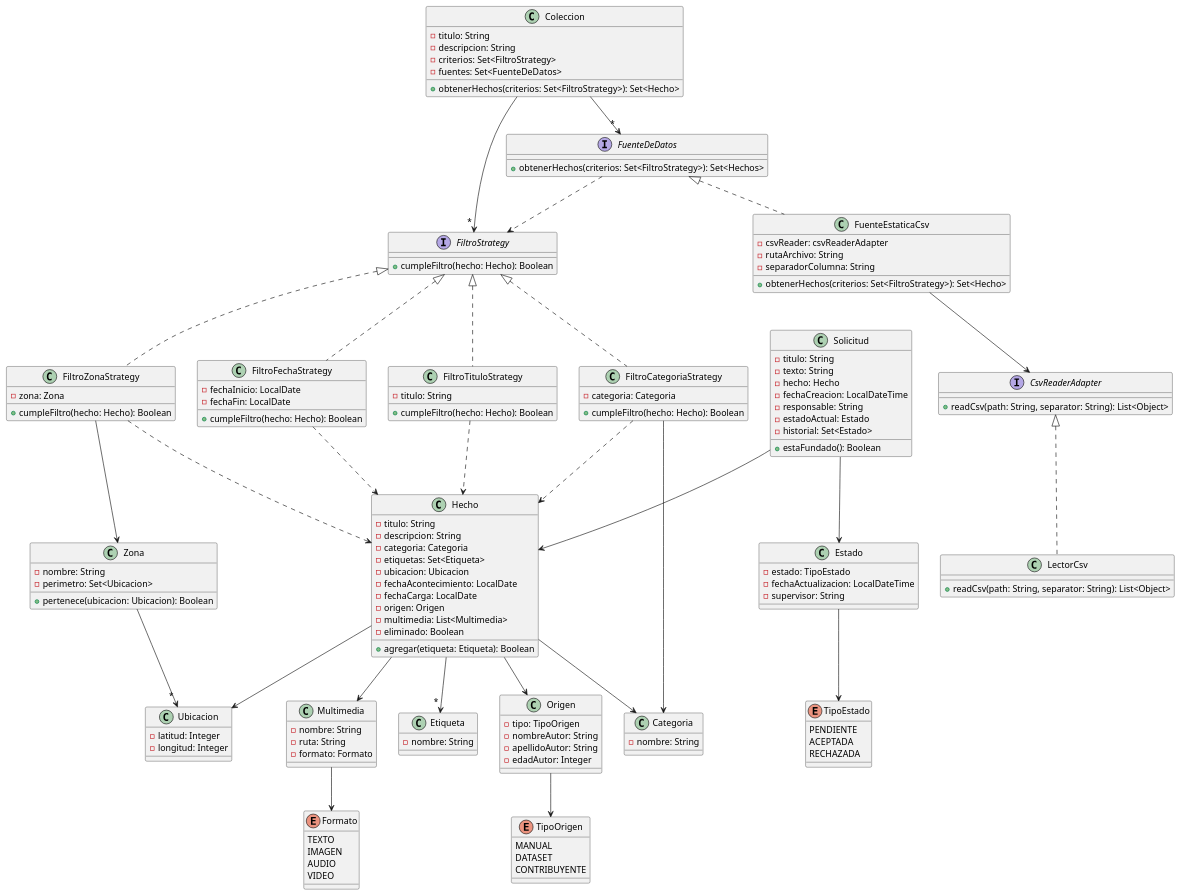
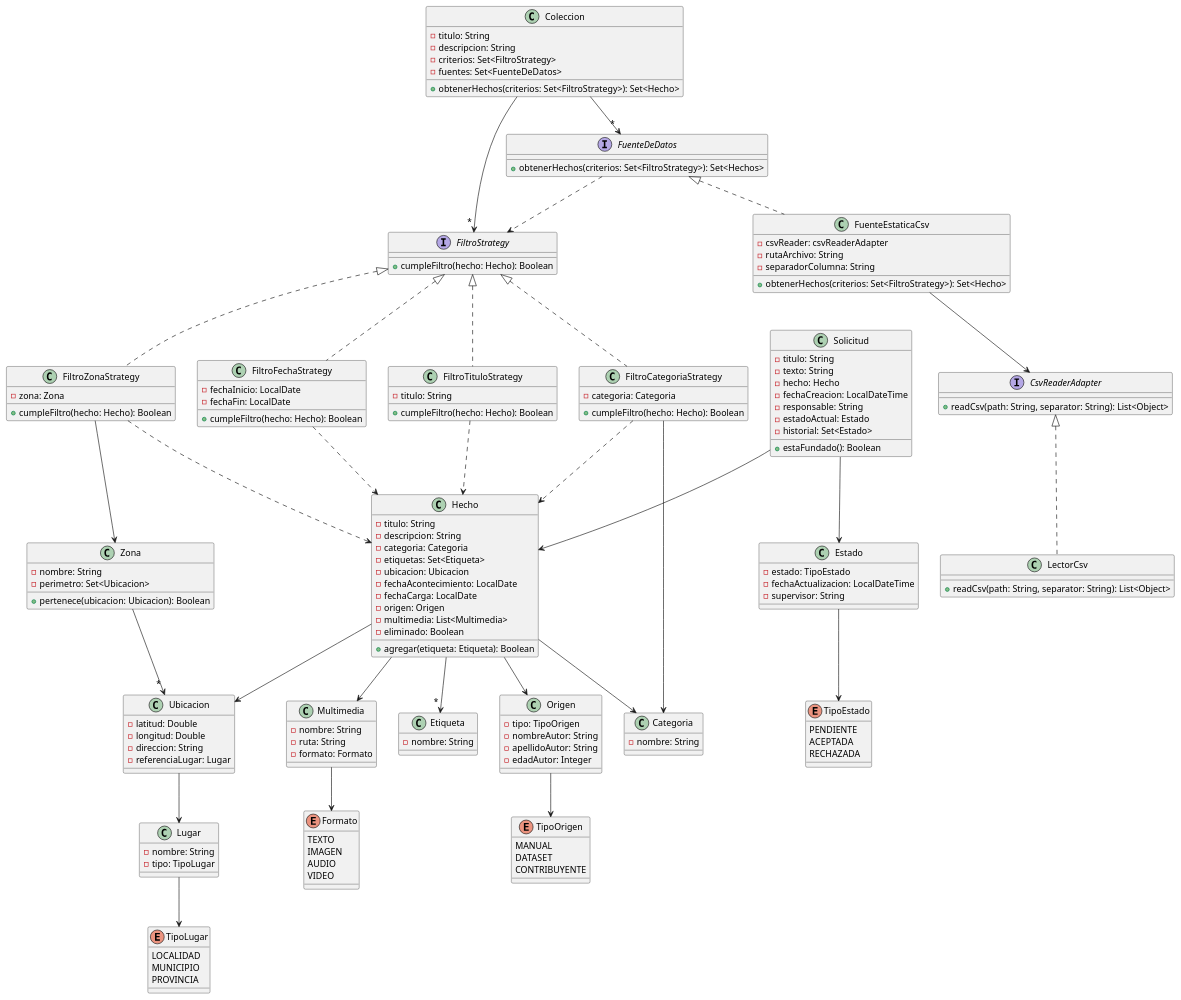
The diagram in docs/diagrama_de_clases.puml (Leo-de-Riv3r/2025-tpa-ma-ma-grupo-02-deploy), drawn with PlantUML before and after one commit. The commit also changed 5 other files, not shown here.

Commit message:
actualizo clase ubicacion agregando clase lugar

```diff
--- a/docs/diagrama_de_clases.puml
+++ b/docs/diagrama_de_clases.puml
@@ -10,170 +10,186 @@
 @startuml
 'https://plantuml.com/class-diagram
 
 Multimedia --> Formato
+Lugar --> TipoLugar
 
 Hecho --> Categoria
 Hecho --> " * " Etiqueta
 Hecho --> Ubicacion
 Hecho --> Origen
 Hecho --> Multimedia
 
 Zona --> " * " Ubicacion
+
+Ubicacion --> Lugar
 
 Origen --> TipoOrigen
 
 FiltroZonaStrategy --> Zona
 FiltroCategoriaStrategy --> Categoria
 
 FiltroTituloStrategy ..> Hecho
 FiltroCategoriaStrategy ..> Hecho
 FiltroFechaStrategy ..> Hecho
 FiltroZonaStrategy ..> Hecho
 
 Coleccion --> " * " FiltroStrategy
 Coleccion --> " * " FuenteDeDatos
 
 Estado --> TipoEstado
 
 Solicitud --> Hecho
 Solicitud --> Estado
 
 FuenteDeDatos ..> FiltroStrategy
 
 FuenteEstaticaCsv --> CsvReaderAdapter
 
 class Categoria {
     - nombre: String
 }
 
 class Etiqueta {
     - nombre: String
 }
 
 class Ubicacion {
-    - latitud: Integer
-    - longitud: Integer
+    - latitud: Double
+    - longitud: Double
+    - direccion: String
+    - referenciaLugar: Lugar
+}
+
+class Lugar {
+    - nombre: String
+    - tipo: TipoLugar
 }
 
 class Origen {
     - tipo: TipoOrigen
     - nombreAutor: String
     - apellidoAutor: String
     - edadAutor: Integer
 }
 
 enum TipoOrigen {
     MANUAL
     DATASET
     CONTRIBUYENTE
 }
 
 enum Formato {
     TEXTO
     IMAGEN
     AUDIO
     VIDEO
+}
+
+enum TipoLugar {
+    LOCALIDAD
+    MUNICIPIO
+    PROVINCIA
 }
 
 class Multimedia {
     - nombre: String
     - ruta: String
     - formato: Formato
 }
 
 class Hecho {
     - titulo: String
     - descripcion: String
     - categoria: Categoria
     - etiquetas: Set<Etiqueta>
     - ubicacion: Ubicacion
     - fechaAcontecimiento: LocalDate
     - fechaCarga: LocalDate
     - origen: Origen
     - multimedia: List<Multimedia>
     - eliminado: Boolean
     + agregar(etiqueta: Etiqueta): Boolean
 }
 
 class Zona {
     - nombre: String
     - perimetro: Set<Ubicacion>
     + pertenece(ubicacion: Ubicacion): Boolean
 }
 
 interface FuenteDeDatos {
     + obtenerHechos(criterios: Set<FiltroStrategy>): Set<Hechos>
 }
 
 class FuenteEstaticaCsv implements FuenteDeDatos {
     - csvReader: csvReaderAdapter
     - rutaArchivo: String
     - separadorColumna: String
     + obtenerHechos(criterios: Set<FiltroStrategy>): Set<Hecho>
 }
 
 interface FiltroStrategy {
     + cumpleFiltro(hecho: Hecho): Boolean
 }
 
 class FiltroTituloStrategy implements FiltroStrategy {
     - titulo: String
     + cumpleFiltro(hecho: Hecho): Boolean
 }
 
 class FiltroCategoriaStrategy implements FiltroStrategy {
     - categoria: Categoria
     + cumpleFiltro(hecho: Hecho): Boolean
 }
 
 class FiltroZonaStrategy implements FiltroStrategy {
     - zona: Zona
     + cumpleFiltro(hecho: Hecho): Boolean
 }
 
 class FiltroFechaStrategy implements FiltroStrategy {
     - fechaInicio: LocalDate
     - fechaFin: LocalDate
     + cumpleFiltro(hecho: Hecho): Boolean
 }
 
 class Coleccion {
     - titulo: String
     - descripcion: String
     - criterios: Set<FiltroStrategy>
     - fuentes: Set<FuenteDeDatos>
     + obtenerHechos(criterios: Set<FiltroStrategy>): Set<Hecho>
 }
 
 enum TipoEstado {
     PENDIENTE
     ACEPTADA
     RECHAZADA
 }
 
 class Estado {
    - estado: TipoEstado
    - fechaActualizacion: LocalDateTime
    - supervisor: String
 }
 
 class Solicitud {
    - titulo: String
    - texto: String
    - hecho: Hecho
    - fechaCreacion: LocalDateTime
    - responsable: String
    - estadoActual: Estado
    - historial: Set<Estado>
    + estaFundado(): Boolean
 }
 
 class LectorCsv implements CsvReaderAdapter {
     + readCsv(path: String, separator: String): List<Object>
 }
 
 interface CsvReaderAdapter {
     + readCsv(path: String, separator: String): List<Object>
 }
 
 @enduml
```
